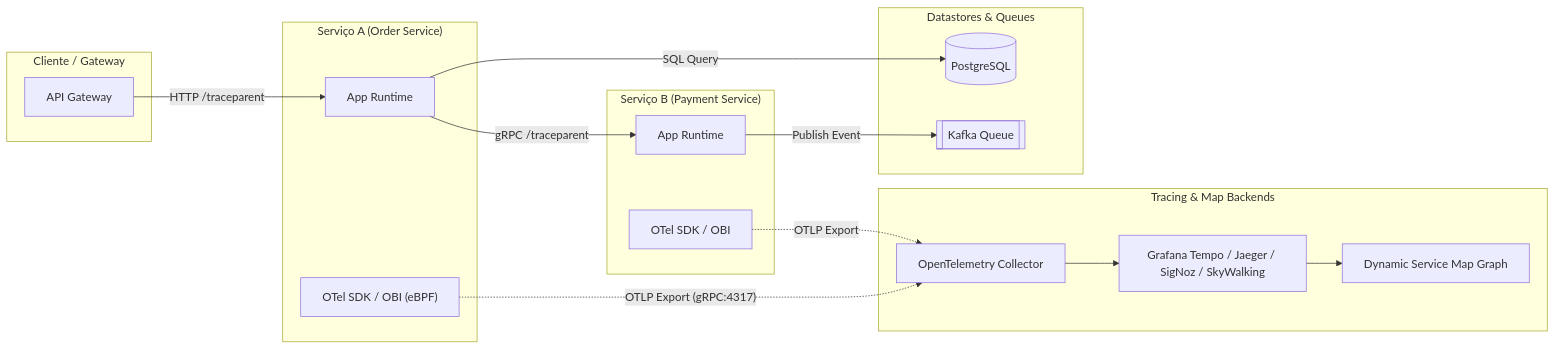
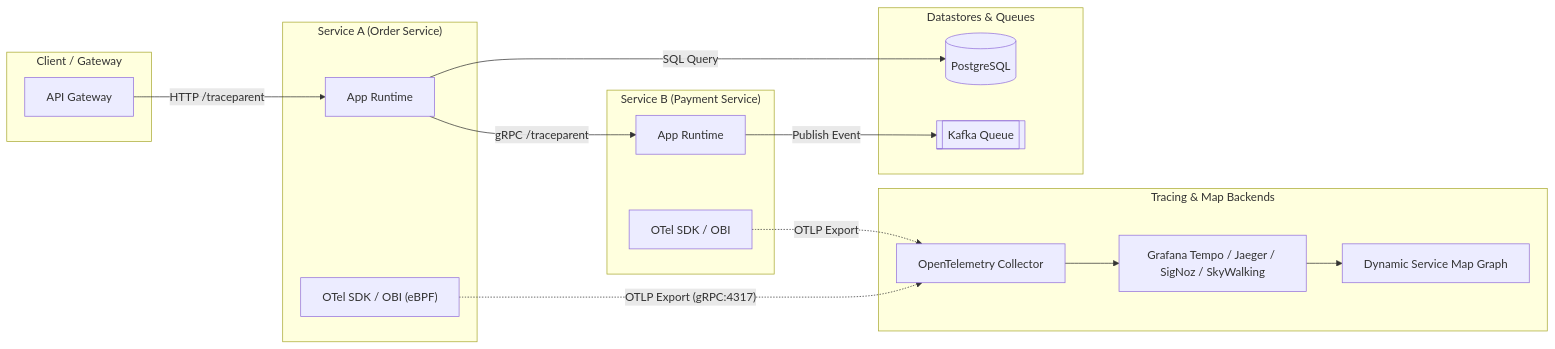
One commit to dandgabr/Coacus changed the diagram in knowledge/skills/mapping/app-dependency-discovery/SKILL.md. Above: the diagram before and after it, drawn with Mermaid. The commit also changed other lines of this file and 143 other files, not shown here.

````diff
--- a/knowledge/skills/mapping/app-dependency-discovery/SKILL.md
+++ b/knowledge/skills/mapping/app-dependency-discovery/SKILL.md
@@ -18,37 +18,37 @@
 ```mermaid
 flowchart LR
-    subgraph Client["Cliente / Gateway"]
+    subgraph Client["Client / Gateway"]
         GW["API Gateway"]
     end
 
-    subgraph ServiceA["Serviço A (Order Service)"]
+    subgraph ServiceA["Service A (Order Service)"]
         A_APP["App Runtime"]
         A_OTEL["OTel SDK / OBI (eBPF)"]
     end
 
-    subgraph ServiceB["Serviço B (Payment Service)"]
+    subgraph ServiceB["Service B (Payment Service)"]
         B_APP["App Runtime"]
         B_OTEL["OTel SDK / OBI"]
     end
 
     subgraph Storage["Datastores & Queues"]
         DB[(PostgreSQL)]
         KAFKA[[Kafka Queue]]
     end
 
     subgraph Backends["Tracing & Map Backends"]
         COL["OpenTelemetry Collector"]
         TEMPO["Grafana Tempo / Jaeger / SigNoz / SkyWalking"]
         MAP["Dynamic Service Map Graph"]
     end
 
     GW -->|"HTTP /traceparent"| A_APP
     A_APP -->|"gRPC /traceparent"| B_APP
     A_APP -->|"SQL Query"| DB
     B_APP -->|"Publish Event"| KAFKA
 
     A_OTEL -.->|"OTLP Export (gRPC:4317)"| COL
     B_OTEL -.->|"OTLP Export"| COL
     COL --> TEMPO
     TEMPO --> MAP
 ```
````
